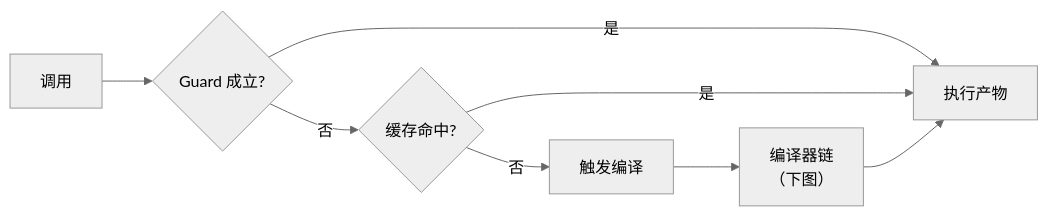
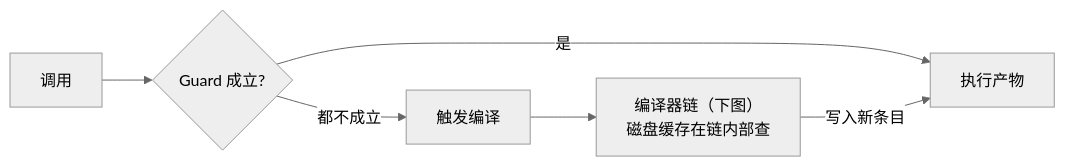
Before and after one commit to arganzheng/arganzheng.github.com: the seventh of 9 diagrams in slides/2026-02-26-deep-dive-into-pytorch.md, drawn with Mermaid (neutral theme). The commit also changed other lines of this file and 12 other files, not shown here.

First line of the commit message:
PyTorch 系列：各篇开头补机制总览图，Java 章改为就近的「Java 经验参照」提示块，指引改为标题链接

````diff
--- a/slides/2026-02-26-deep-dive-into-pytorch.md
+++ b/slides/2026-02-26-deep-dive-into-pytorch.md
@@ -252,8 +252,7 @@
 ```mermaid
 %%{init: {"flowchart": {"wrappingWidth": 170}}}%%
 flowchart LR
     CALL["调用"] --> GD{"Guard 成立?"} -->|是| RUN["执行产物"]
-    GD -->|否| CA{"缓存命中?"} -->|是| RUN
-    CA -->|否| TRIG["触发编译"] --> DY["编译器链<br/>（下图）"]
-    DY --> RUN
+    GD -->|都不成立| TRIG["触发编译"] --> DY["编译器链（下图）<br/>磁盘缓存在链内部查"]
+    DY -->|"写入新条目"| RUN
 ```
````
